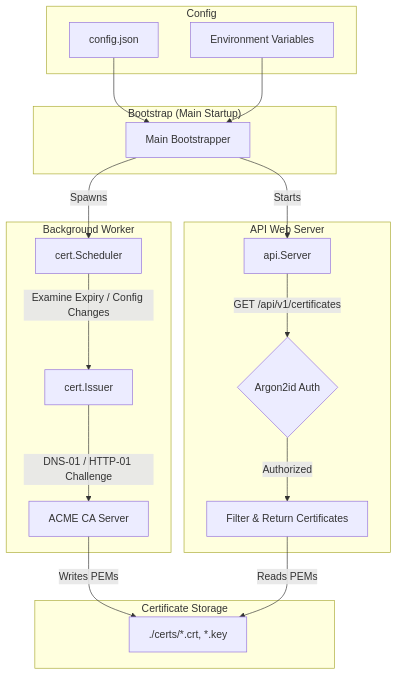
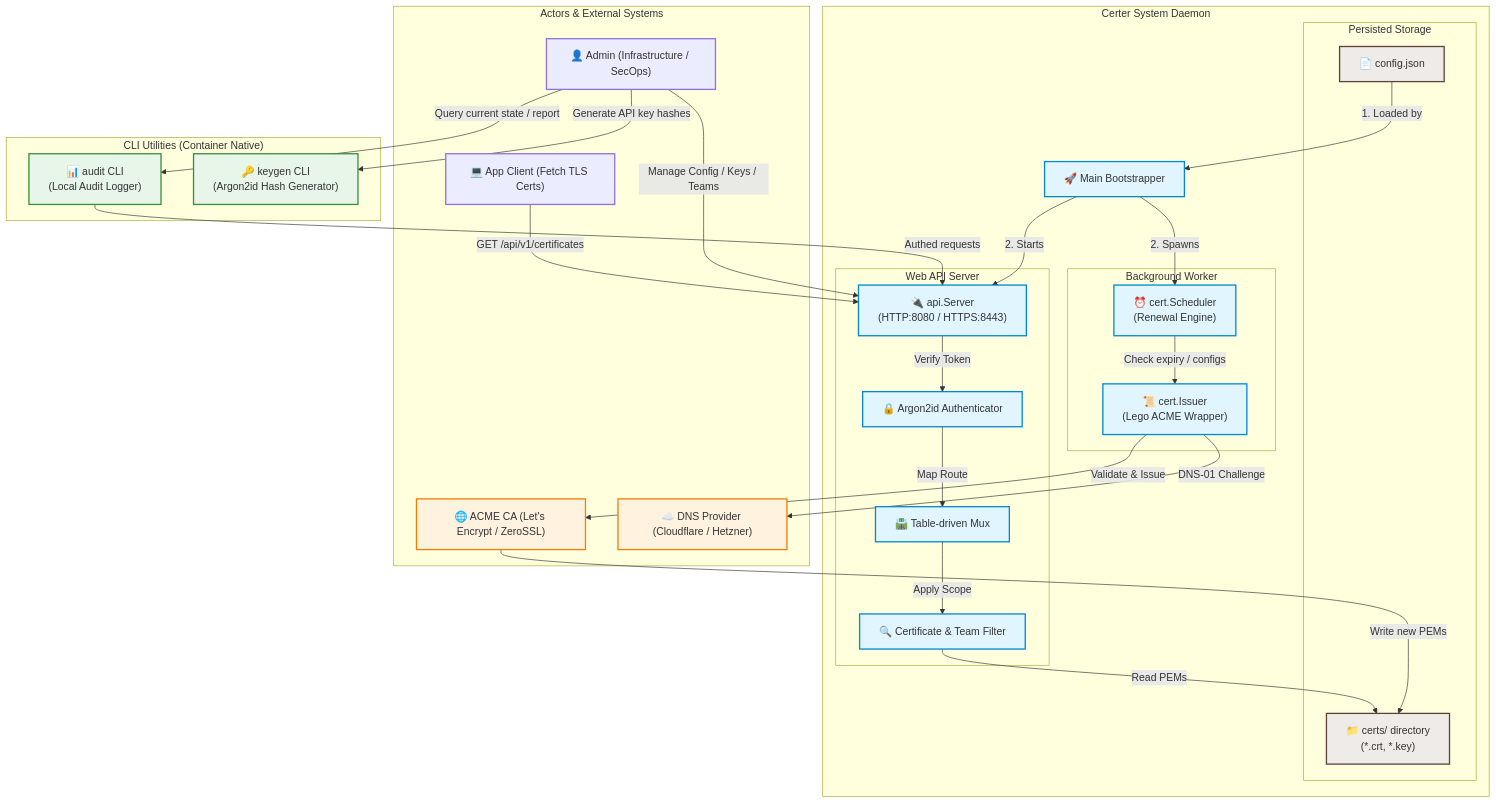
The diagram in README.md (Menschomat/certer), drawn with Mermaid before and after one commit. The commit also changed other lines of this file and 1 other file, not shown here.

Commit message:
docs: replace simple mermaid diagram with detailed architecture and actors, update API key schema references in docs and example config

````diff
--- a/README.md
+++ b/README.md
@@ -9,33 +9,73 @@
 ```mermaid
-graph TD
-    subgraph Config
-        JSON[config.json]
-        Env[Environment Variables]
+flowchart TB
+    %% Styling definitions
+    classDef actor fill:#ececff,stroke:#9370db,stroke-width:2px;
+    classDef internal fill:#e1f5fe,stroke:#0288d1,stroke-width:2px;
+    classDef external fill:#fff3e0,stroke:#f57c00,stroke-width:2px;
+    classDef storage fill:#efebe9,stroke:#5d4037,stroke-width:2px;
+    classDef tool fill:#e8f5e9,stroke:#388e3c,stroke-width:2px;
+
+    %% Actors & External Entities
+    subgraph Actors ["Actors & External Systems"]
+        admin["👤 Admin (Infrastructure / SecOps)"]:::actor
+        client["💻 App Client (Fetch TLS Certs)"]:::actor
+        acme["🌐 ACME CA (Let's Encrypt / ZeroSSL)"]:::external
+        dns["☁️ DNS Provider (Cloudflare / Hetzner)"]:::external
     end
 
-    subgraph Service["Bootstrap (Main Startup)"]
-        Startup[Main Bootstrapper]
-        JSON --> Startup
-        Env --> Startup
+    %% Certer System Boundary
+    subgraph Certer ["Certer System Daemon"]
+        %% Bootstrap
+        boot["🚀 Main Bootstrapper"]:::internal
+        
+        %% API Server
+        subgraph WebServer ["Web API Server"]
+            api["🔌 api.Server<br>(HTTP:8080 / HTTPS:8443)"]:::internal
+            auth["🔒 Argon2id Authenticator"]:::internal
+            router["🛣️ Table-driven Mux"]:::internal
+            filter["🔍 Certificate & Team Filter"]:::internal
+        end
+
+        %% Scheduler
+        subgraph BackgroundWorker ["Background Worker"]
+            sched["⏰ cert.Scheduler<br>(Renewal Engine)"]:::internal
+            issuer["📜 cert.Issuer<br>(Lego ACME Wrapper)"]:::internal
+        end
+
+        %% Files / Storage
+        subgraph Storage ["Persisted Storage"]
+            config["📄 config.json"]:::storage
+            certsDir["📁 certs/ directory<br>(*.crt, *.key)"]:::storage
+        end
     end
 
-    subgraph BackgroundWorker["Background Worker"]
-        Sched[cert.Scheduler] -->|Examine Expiry / Config Changes| Issuer[cert.Issuer]
-        Issuer -->|DNS-01 / HTTP-01 Challenge| ACME[ACME CA Server]
+    %% CLI Tools
+    subgraph CLITools ["CLI Utilities (Container Native)"]
+        keygen["🔑 keygen CLI<br>(Argon2id Hash Generator)"]:::tool
+        audit["📊 audit CLI<br>(Local Audit Logger)"]:::tool
     end
 
-    subgraph WebServer["API Web Server"]
-        API[api.Server] -->|GET /api/v1/certificates| Auth{Argon2id Auth}
-        Auth -->|Authorized| Filter[Filter & Return Certificates]
-    end
+    %% Connections - Startup
+    config -->|1. Loaded by| boot
+    boot -->|2. Spawns| sched
+    boot -->|2. Starts| api
 
-    subgraph Storage["Certificate Storage"]
-        Certs[./certs/*.crt, *.key]
-    end
+    %% Connections - Admin & Configuration
+    admin -->|Manage Config / Keys / Teams| api
+    admin -->|Generate API key hashes| keygen
+    admin -->|Query current state / report| audit
+    audit -->|Authed requests| api
 
-    Startup -->|Spawns| Sched
-    Startup -->|Starts| API
-    
-    ACME -->|Writes PEMs| Certs
-    Filter -->|Reads PEMs| Certs
+    %% Connections - Client Fetch
+    client -->|GET /api/v1/certificates| api
+    api -->|Verify Token| auth
+    auth -->|Map Route| router
+    router -->|Apply Scope| filter
+    filter -->|Read PEMs| certsDir
+
+    %% Connections - Background Renewal
+    sched -->|Check expiry / configs| issuer
+    issuer -->|DNS-01 Challenge| dns
+    issuer -->|Validate & Issue| acme
+    acme -->|Write new PEMs| certsDir
 ```
````
